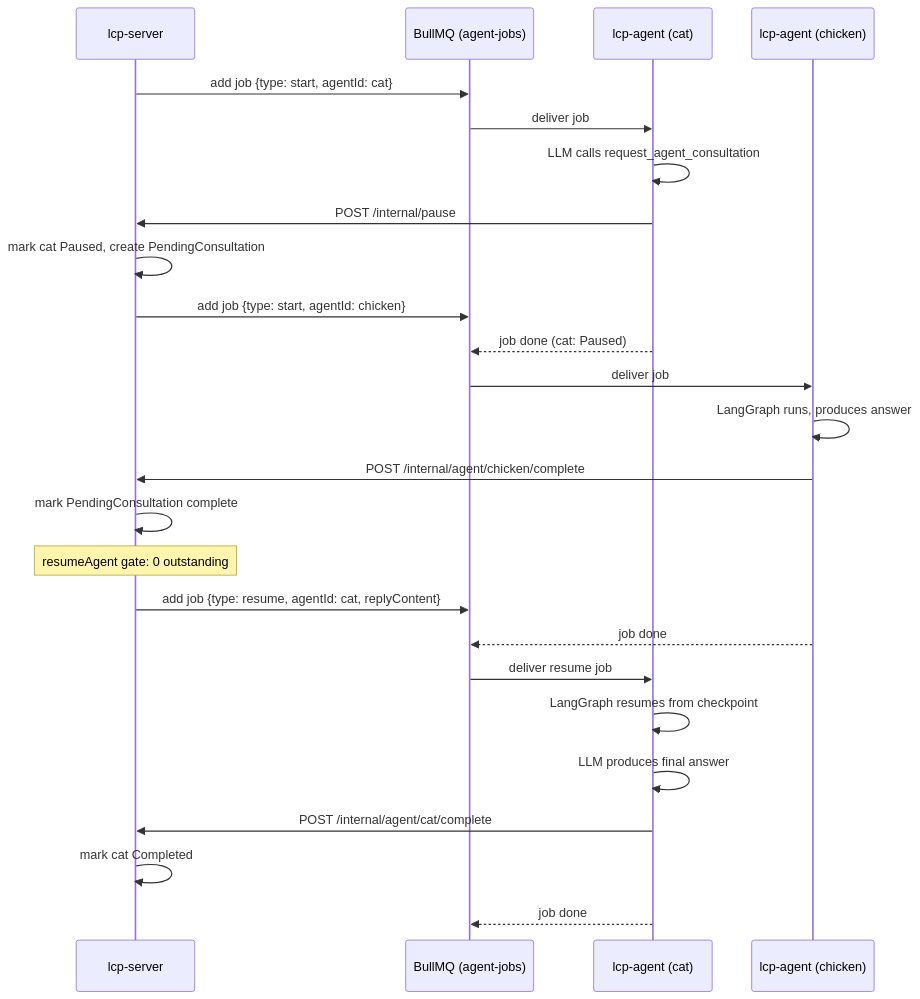
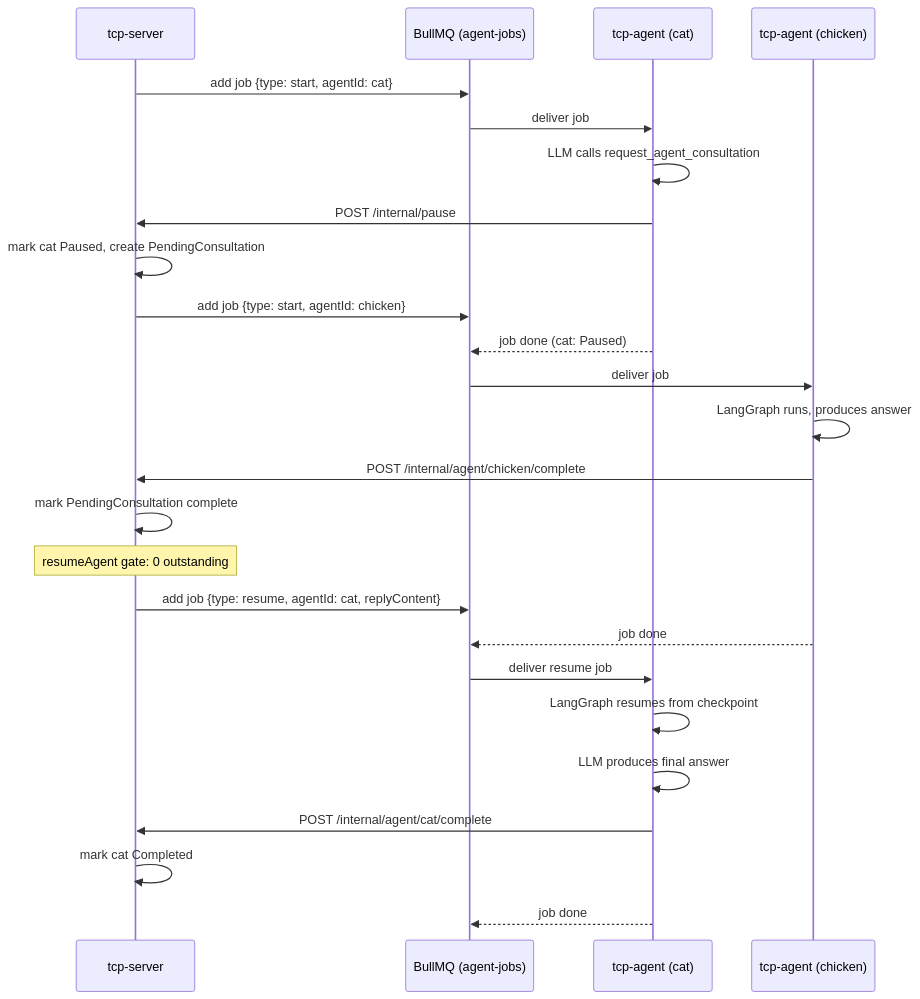
Before and after one commit to instantiator/tcp-server: the second of 4 diagrams in docs/queue.md, drawn with Mermaid. The commit also changed other lines of this file and 112 other files, not shown here.

First line of the commit message:
Rename LCP env vars and documentation to TCP (011.1.1 units 6-7)

````diff
--- a/docs/queue.md
+++ b/docs/queue.md
@@ -56,30 +56,30 @@
 ```mermaid
 sequenceDiagram
-    participant S as lcp-server
+    participant S as tcp-server
     participant Q as BullMQ (agent-jobs)
-    participant Cat as lcp-agent (cat)
-    participant Chkn as lcp-agent (chicken)
+    participant Cat as tcp-agent (cat)
+    participant Chkn as tcp-agent (chicken)
 
     S->>Q: add job {type: start, agentId: cat}
     Q->>Cat: deliver job
     Cat->>Cat: LLM calls request_agent_consultation
     Cat->>S: POST /internal/pause
     S->>S: mark cat Paused, create PendingConsultation
     S->>Q: add job {type: start, agentId: chicken}
     Cat-->>Q: job done (cat: Paused)
 
     Q->>Chkn: deliver job
     Chkn->>Chkn: LangGraph runs, produces answer
     Chkn->>S: POST /internal/agent/chicken/complete
     S->>S: mark PendingConsultation complete
     Note over S: resumeAgent gate: 0 outstanding
     S->>Q: add job {type: resume, agentId: cat, replyContent}
     Chkn-->>Q: job done
 
     Q->>Cat: deliver resume job
     Cat->>Cat: LangGraph resumes from checkpoint
     Cat->>Cat: LLM produces final answer
     Cat->>S: POST /internal/agent/cat/complete
     S->>S: mark cat Completed
     Cat-->>Q: job done
 ```
````
